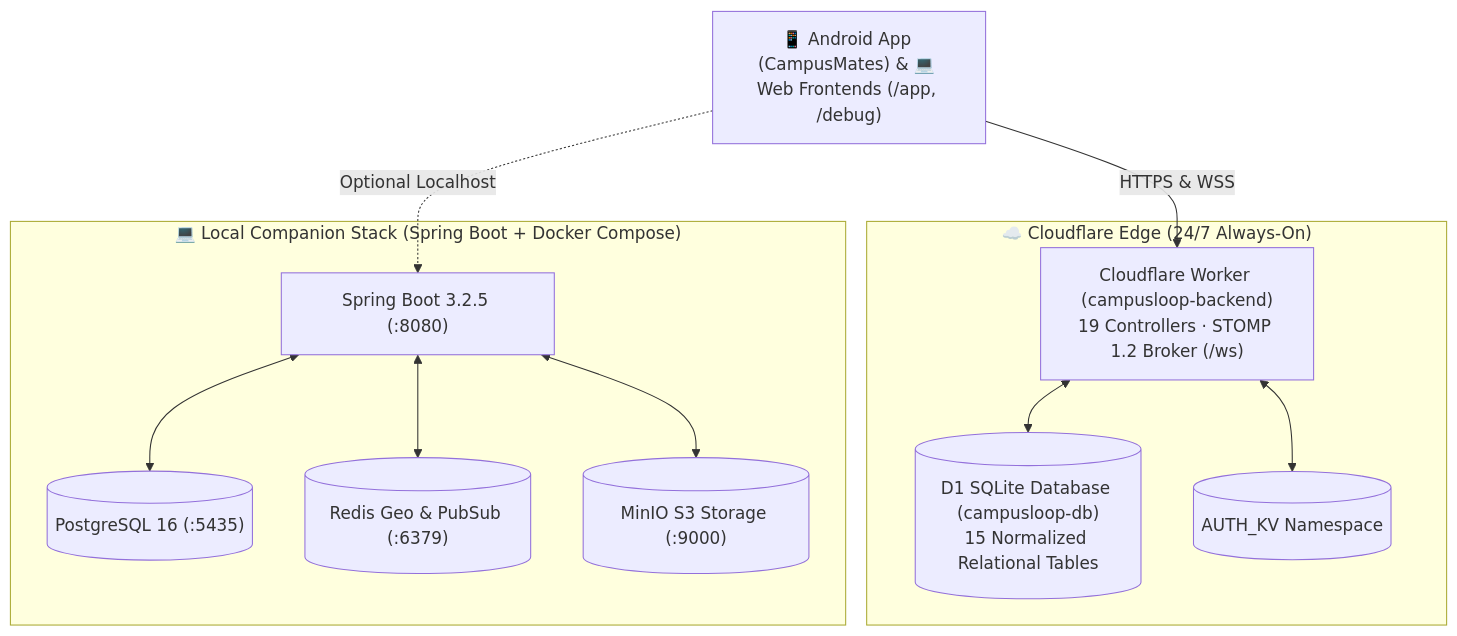
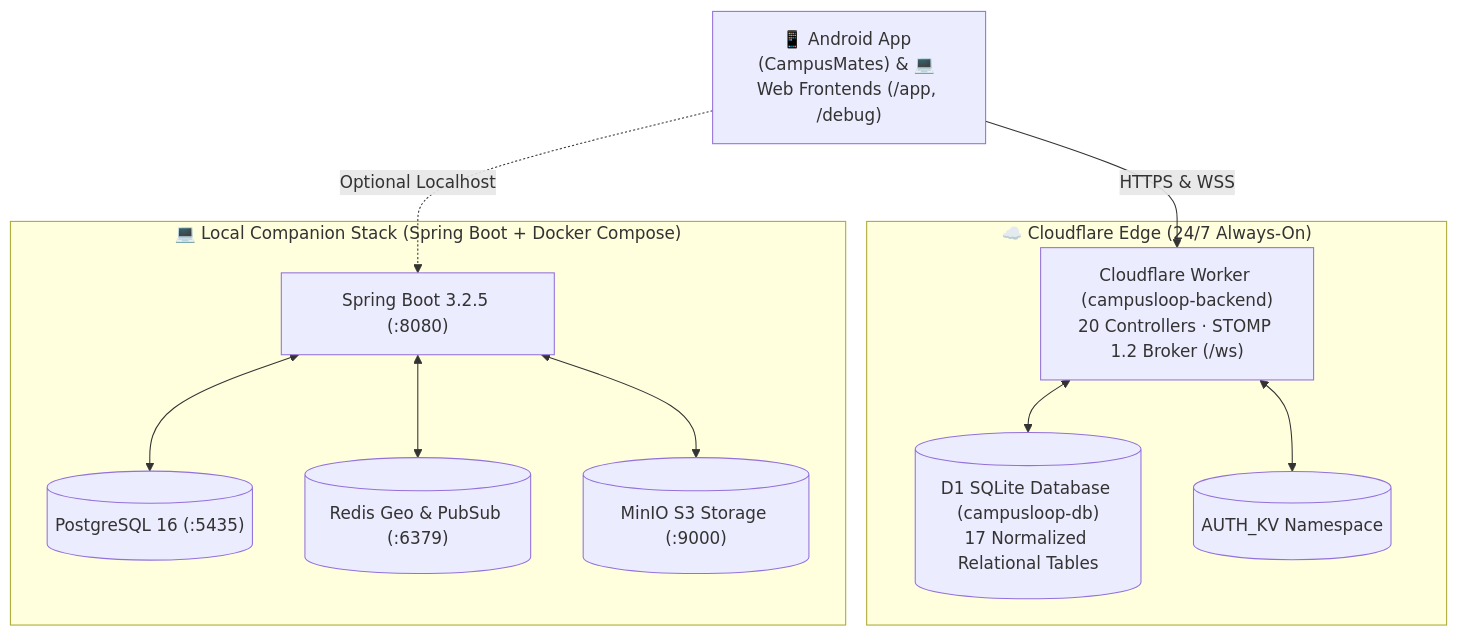
Before and after one commit to 2labor/CampusLoop-Backend-: the diagram in docs/DEPLOYED_SYSTEM_INSTRUCTIONS.md, drawn with Mermaid. The commit also changed other lines of this file and 5 other files, not shown here.

````diff
--- a/docs/DEPLOYED_SYSTEM_INSTRUCTIONS.md
+++ b/docs/DEPLOYED_SYSTEM_INSTRUCTIONS.md
@@ -17,25 +17,25 @@
 ```mermaid
 flowchart TD
     Client["📱 Android App (CampusMates) & 💻 Web Frontends (/app, /debug)"]
 
     subgraph Edge["☁️ Cloudflare Edge (24/7 Always-On)"]
-        Worker["Cloudflare Worker (campusloop-backend)\n19 Controllers · STOMP 1.2 Broker (/ws)"]
-        D1[("D1 SQLite Database (campusloop-db)\n15 Normalized Relational Tables")]
+        Worker["Cloudflare Worker (campusloop-backend)\n20 Controllers · STOMP 1.2 Broker (/ws)"]
+        D1[("D1 SQLite Database (campusloop-db)\n17 Normalized Relational Tables")]
         KV[("AUTH_KV Namespace")]
     end
 
     subgraph LocalStack["💻 Local Companion Stack (Spring Boot + Docker Compose)"]
         Boot["Spring Boot 3.2.5 (:8080)"]
         PG[("PostgreSQL 16 (:5435)")]
         Redis[("Redis Geo & PubSub (:6379)")]
         MinIO[("MinIO S3 Storage (:9000)")]
     end
 
     Client -->|HTTPS & WSS| Worker
     Worker <--> D1
     Worker <--> KV
     Client -.->|Optional Localhost| Boot
     Boot <--> PG
     Boot <--> Redis
     Boot <--> MinIO
 ```
````
